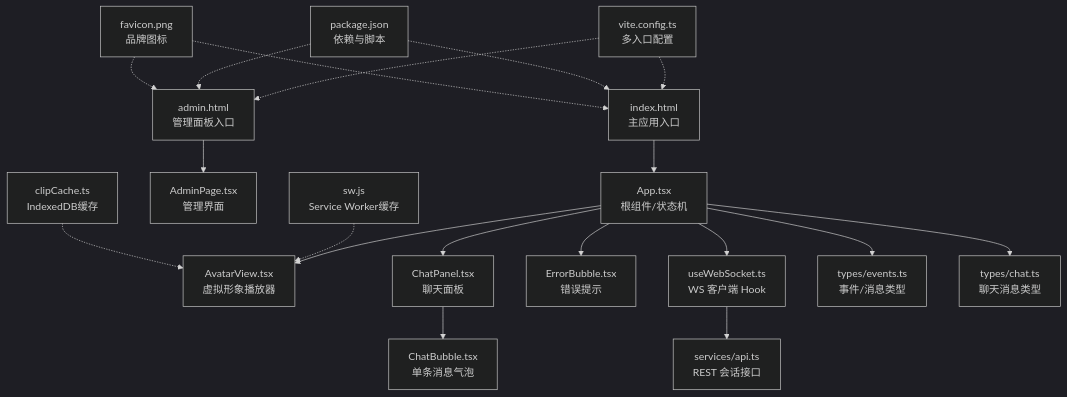
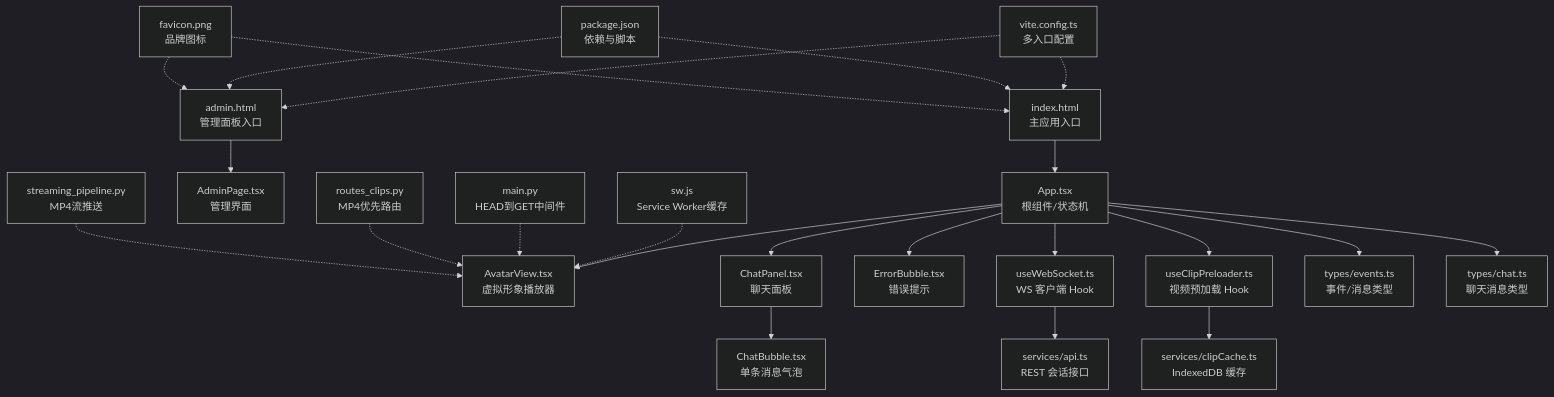
One commit to leo21cn/real-time-talk changed the first of 8 diagrams in .qoder/repowiki/zh/content/前端应用/前端应用.md. Above: the diagram before and after it, drawn with Mermaid (dark theme). The commit also changed other lines of this file and 9 other files, not shown here.

````diff
--- a/.qoder/repowiki/zh/content/前端应用/前端应用.md
+++ b/.qoder/repowiki/zh/content/前端应用/前端应用.md
@@ -66,21 +71,25 @@
 ```mermaid
 graph TB
 A["index.html<br/>主应用入口"] --> B["App.tsx<br/>根组件/状态机"]
 C["admin.html<br/>管理面板入口"] --> D["AdminPage.tsx<br/>管理界面"]
 B --> E["AvatarView.tsx<br/>虚拟形象播放器"]
 B --> F["ChatPanel.tsx<br/>聊天面板"]
 F --> G["ChatBubble.tsx<br/>单条消息气泡"]
 B --> H["ErrorBubble.tsx<br/>错误提示"]
 B --> I["useWebSocket.ts<br/>WS 客户端 Hook"]
-I --> J["services/api.ts<br/>REST 会话接口"]
-B --> K["types/events.ts<br/>事件/消息类型"]
-B --> L["types/chat.ts<br/>聊天消息类型"]
-M["vite.config.ts<br/>多入口配置"] -.-> A
-M -.-> C
-N["package.json<br/>依赖与脚本"] -.-> A
-N -.-> C
-O["favicon.png<br/>品牌图标"] -.-> A
+B --> J["useClipPreloader.ts<br/>视频预加载 Hook"]
+I --> K["services/api.ts<br/>REST 会话接口"]
+J --> L["services/clipCache.ts<br/>IndexedDB 缓存"]
+B --> M["types/events.ts<br/>事件/消息类型"]
+B --> N["types/chat.ts<br/>聊天消息类型"]
+O["vite.config.ts<br/>多入口配置"] -.-> A
 O -.-> C
-P["sw.js<br/>Service Worker缓存"] -.-> E
-Q["clipCache.ts<br/>IndexedDB缓存"] -.-> E
+P["package.json<br/>依赖与脚本"] -.-> A
+P -.-> C
+Q["favicon.png<br/>品牌图标"] -.-> A
+Q -.-> C
+R["sw.js<br/>Service Worker缓存"] -.-> E
+S["main.py<br/>HEAD到GET中间件"] -.-> E
+T["routes_clips.py<br/>MP4优先路由"] -.-> E
+U["streaming_pipeline.py<br/>MP4流推送"] -.-> E
 ```
````
